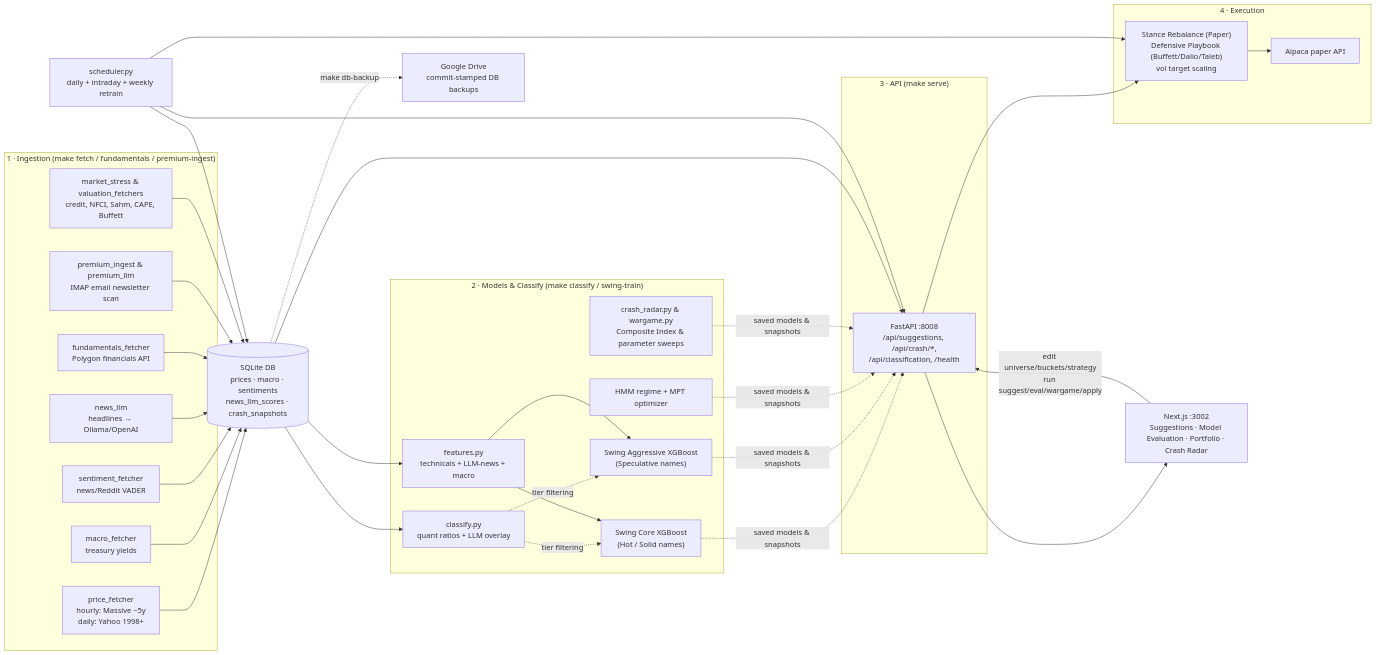
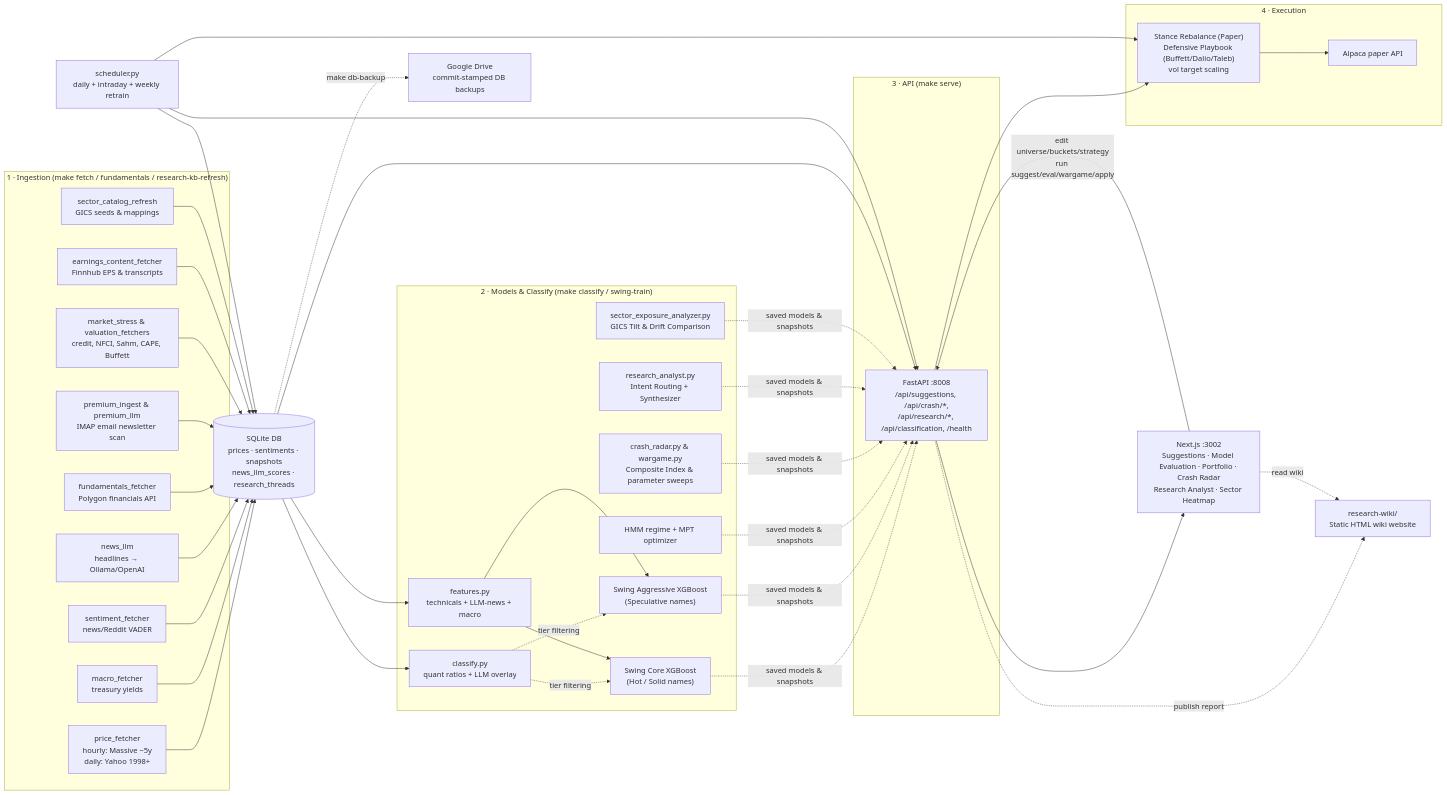
The diagram in docs/README.md (arvindpereira/ampytech-trader), drawn with Mermaid before and after one commit. The commit also changed other lines of this file and 6 other files, not shown here.

Commit message:
docs: update system documentation for Research Analyst and Sector Simulator

````diff
--- a/docs/README.md
+++ b/docs/README.md
@@ -47,43 +48,50 @@
 ```mermaid
 flowchart LR
-    subgraph Ingest["1 · Ingestion (make fetch / fundamentals / premium-ingest)"]
+    subgraph Ingest["1 · Ingestion (make fetch / fundamentals / research-kb-refresh)"]
         P["price_fetcher<br/>hourly: Massive ~5y<br/>daily: Yahoo 1998+"]
         M[macro_fetcher<br/>treasury yields]
         S[sentiment_fetcher<br/>news/Reddit VADER]
         N["news_llm<br/>headlines → Ollama/OpenAI"]
         FUND["fundamentals_fetcher<br/>Polygon financials API"]
         PREM["premium_ingest & premium_llm<br/>IMAP email newsletter scan"]
         STRESS["market_stress & valuation_fetchers<br/>credit, NFCI, Sahm, CAPE, Buffett"]
+        FINN["earnings_content_fetcher<br/>Finnhub EPS & transcripts"]
+        SECT["sector_catalog_refresh<br/>GICS seeds & mappings"]
     end
-    DB[(SQLite DB<br/>prices · macro · sentiments<br/>news_llm_scores · crash_snapshots)]
+    DB[(SQLite DB<br/>prices · sentiments · snapshots<br/>news_llm_scores · research_threads)]
     subgraph ML["2 · Models & Classify (make classify / swing-train)"]
         CLASS["classify.py<br/>quant ratios + LLM overlay"]
         F[features.py<br/>technicals + LLM-news + macro]
         SW_CORE["Swing Core XGBoost<br/>(Hot / Solid names)"]
         SW_AGG["Swing Aggressive XGBoost<br/>(Speculative names)"]
         H[HMM regime + MPT optimizer]
         CRASH["crash_radar.py & wargame.py<br/>Composite Index & parameter sweeps"]
+        RE_AN["research_analyst.py<br/>Intent Routing + Synthesizer"]
+        SE_EX["sector_exposure_analyzer.py<br/>GICS Tilt & Drift Comparison"]
     end
     subgraph Serve["3 · API (make serve)"]
-        API["FastAPI :8008<br/>/api/suggestions, /api/crash/*,<br/>/api/classification, /health"]
+        API["FastAPI :8008<br/>/api/suggestions, /api/crash/*,<br/>/api/research/*, /api/classification, /health"]
     end
     subgraph Exec["4 · Execution"]
         BUCK["Stance Rebalance (Paper)<br/>Defensive Playbook (Buffett/Dalio/Taleb)<br/>vol target scaling"]
         ALP[Alpaca paper API]
     end
-    UI["Next.js :3002<br/>Suggestions · Model Evaluation · Portfolio · Crash Radar"]
+    UI["Next.js :3002<br/>Suggestions · Model Evaluation · Portfolio · Crash Radar<br/>Research Analyst · Sector Heatmap"]
     SCH["scheduler.py<br/>daily + intraday + weekly retrain"]
     GD["Google Drive<br/>commit-stamped DB backups"]
+    WIKI["research-wiki/<br/>Static HTML wiki website"]
 
-    P & M & S & N & FUND & PREM & STRESS --> DB
+    P & M & S & N & FUND & PREM & STRESS & FINN & SECT --> DB
     DB --> CLASS
     DB --> F
     CLASS -.tier filtering.-> SW_CORE & SW_AGG
     F --> SW_CORE & SW_AGG
-    SW_CORE & SW_AGG & H & CRASH -.saved models & snapshots.-> API
+    SW_CORE & SW_AGG & H & CRASH & RE_AN & SE_EX -.saved models & snapshots.-> API
     DB --> API --> UI
     UI -->|edit universe/buckets/strategy<br/>run suggest/eval/wargame/apply| API
     API --> BUCK --> ALP
     SCH --> DB & API & BUCK
     DB -. make db-backup .-> GD
+    API -. publish report .-> WIKI
+    UI -. read wiki .-> WIKI
 ```
````
